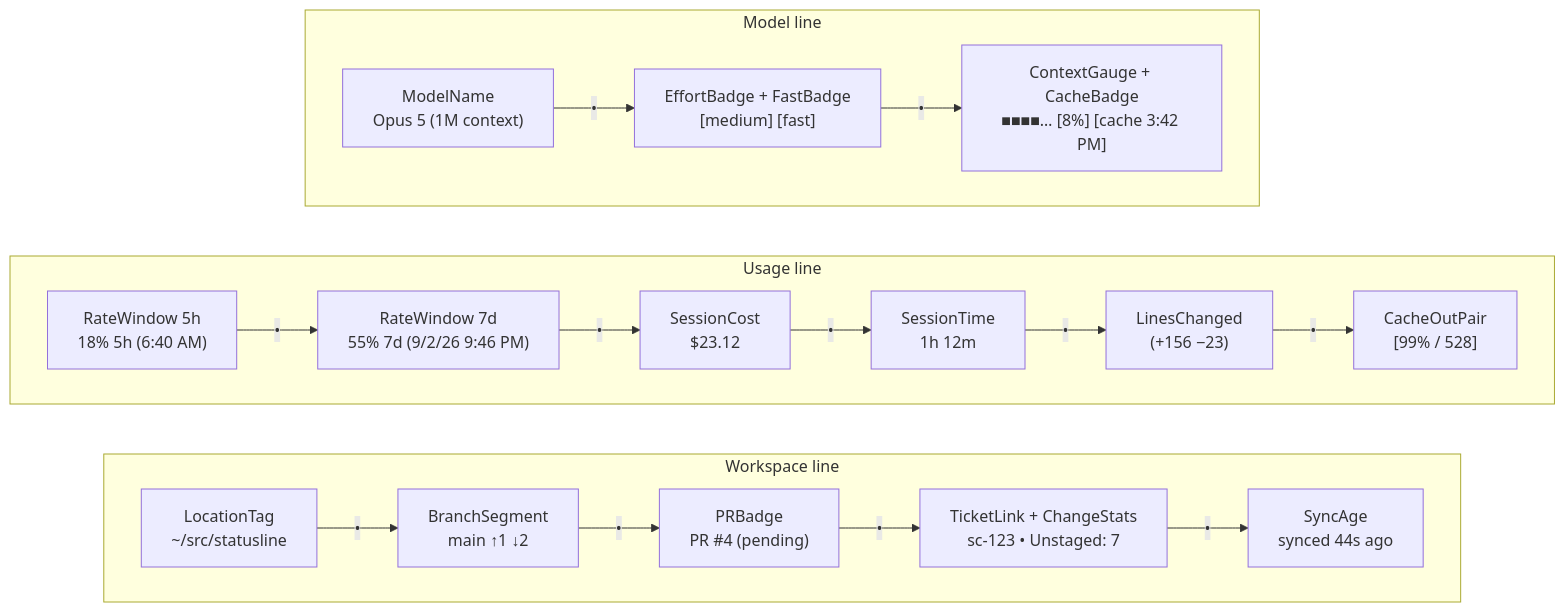
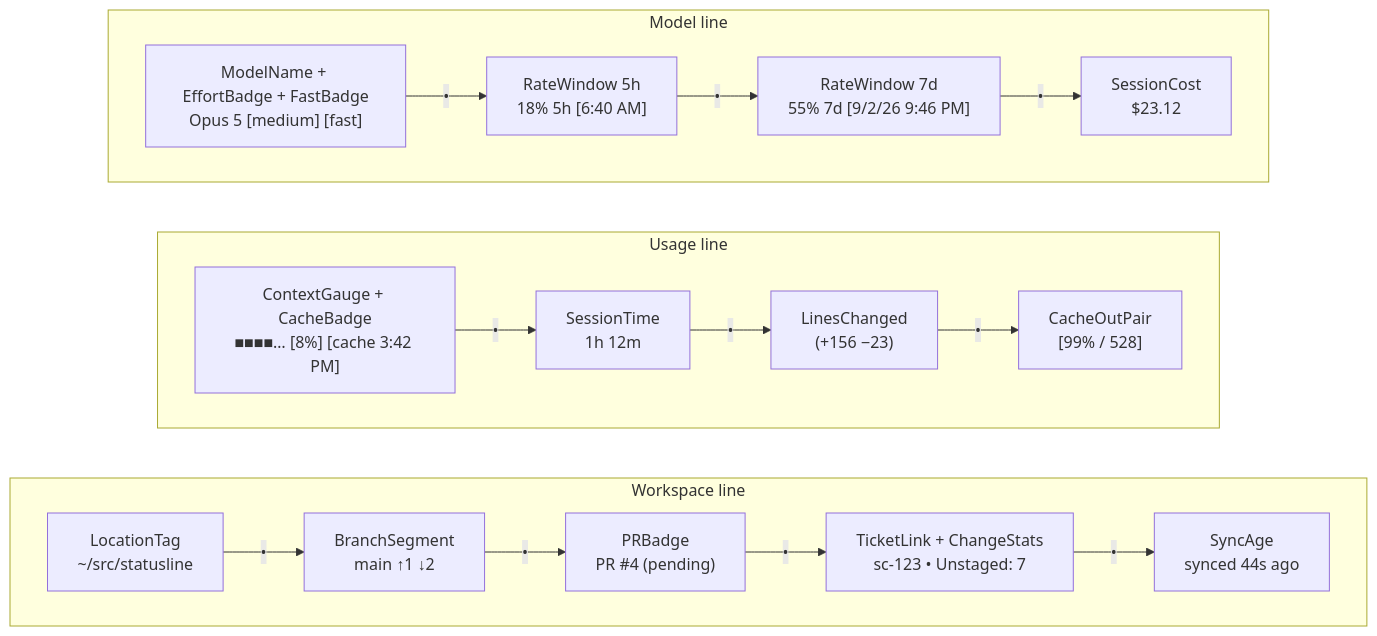
One commit to okize/statusline changed the diagram in README.md. Above: the diagram before and after it, drawn with Mermaid. The commit also changed other lines of this file and 11 other files, not shown here.

First line of the commit message:
feat: move rate limits and cost to line 1, context bar to line 2

````diff
--- a/README.md
+++ b/README.md
@@ -34,19 +34,19 @@
 ```mermaid
 flowchart TB
     subgraph ModelLine["Model line"]
         direction LR
-        ModelName["ModelName<br/>Opus 5 (1M context)"] -- "•" --> EffortBadge["EffortBadge + FastBadge<br/>[medium] [fast]"] -- "•" --> ContextGauge["ContextGauge + CacheBadge<br/>■■■■… [8%] [cache 3:42 PM]"]
+        ModelName["ModelName + EffortBadge + FastBadge<br/>Opus 5 [medium] [fast]"] -- "•" --> RateWindow5["RateWindow 5h<br/>18% 5h [6:40 AM]"] -- "•" --> RateWindow7["RateWindow 7d<br/>55% 7d [9/2/26 9:46 PM]"] -- "•" --> SessionCost["SessionCost<br/>$23.12"]
     end
 
     subgraph UsageLine["Usage line"]
         direction LR
-        RateWindow5["RateWindow 5h<br/>18% 5h (6:40 AM)"] -- "•" --> RateWindow7["RateWindow 7d<br/>55% 7d (9/2/26 9:46 PM)"] -- "•" --> SessionCost["SessionCost<br/>$23.12"] -- "•" --> SessionTime["SessionTime<br/>1h 12m"] -- "•" --> LinesChanged["LinesChanged<br/>(+156 −23)"] -- "•" --> CacheOutPair["CacheOutPair<br/>[99% / 528]"]
+        ContextGauge["ContextGauge + CacheBadge<br/>■■■■… [8%] [cache 3:42 PM]"] -- "•" --> SessionTime["SessionTime<br/>1h 12m"] -- "•" --> LinesChanged["LinesChanged<br/>(+156 −23)"] -- "•" --> CacheOutPair["CacheOutPair<br/>[99% / 528]"]
     end
 
     subgraph WorkspaceLine["Workspace line"]
         direction LR
         LocationTag["LocationTag<br/>~/src/statusline"] -- "•" --> BranchSegment["BranchSegment<br/>main ↑1 ↓2"] -- "•" --> PRBadge["PRBadge<br/>PR #4 (pending)"] -- "•" --> ChangeStats["TicketLink + ChangeStats<br/>sc-123 • Unstaged: 7"] -- "•" --> SyncAge["SyncAge<br/>synced 44s ago"]
     end
 
     ModelLine ~~~ UsageLine ~~~ WorkspaceLine
 ```
````
